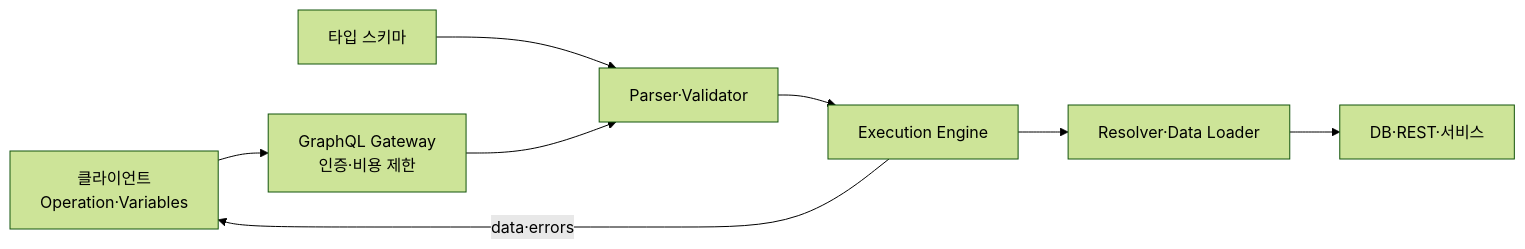
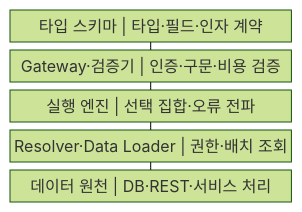
The first of 2 diagrams in src/content/docs/notes/03-software/172_graphql.md (agnusdei1207/knowledge-base), drawn with Mermaid (forest theme) before and after one commit. The commit also changed other lines of this file and 20 other files, not shown here.

````diff
--- a/src/content/docs/notes/03-software/172_graphql.md
+++ b/src/content/docs/notes/03-software/172_graphql.md
@@ -60,10 +56,13 @@
 ```mermaid
-flowchart LR
-    C["클라이언트<br/>Operation·Variables"] --> G["GraphQL Gateway<br/>인증·비용 제한"]
-    S["타입 스키마"] --> V["Parser·Validator"]
-    G --> V
-    V --> E["Execution Engine"]
-    E --> R["Resolver·Data Loader"]
-    R --> D["DB·REST·서비스"]
-    E -->|"data·errors"| C
+block
+    columns 1
+    A["타입 스키마 | 타입·필드·인자 계약"]
+    B["Gateway·검증기 | 인증·구문·비용 검증"]
+    C["실행 엔진 | 선택 집합·오류 전파"]
+    D["Resolver·Data Loader | 권한·배치 조회"]
+    E["데이터 원천 | DB·REST·서비스 처리"]
+    A --- B
+    B --- C
+    C --- D
+    D --- E
 ```
````
